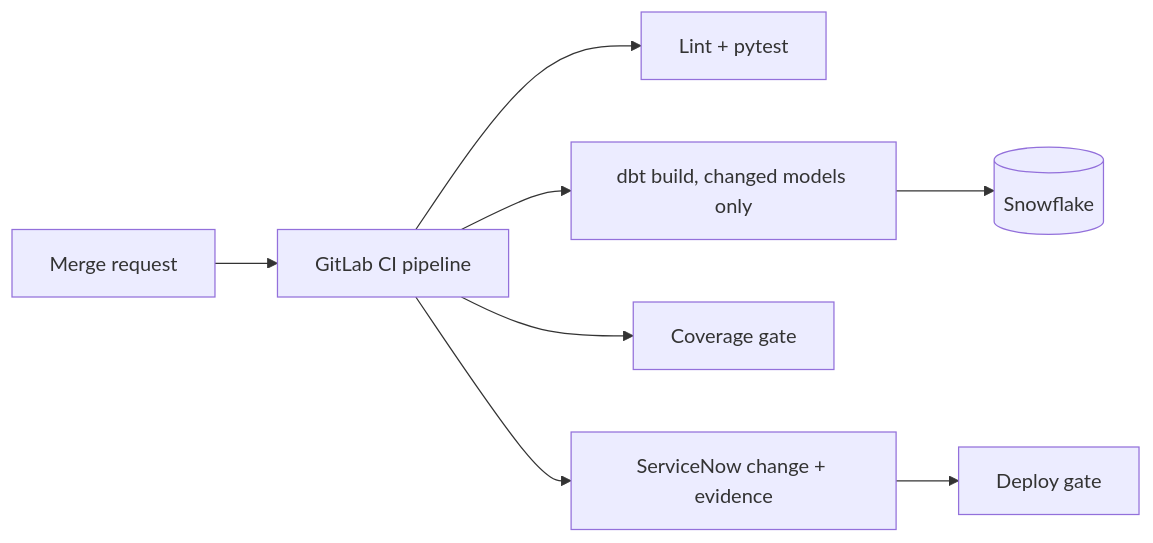
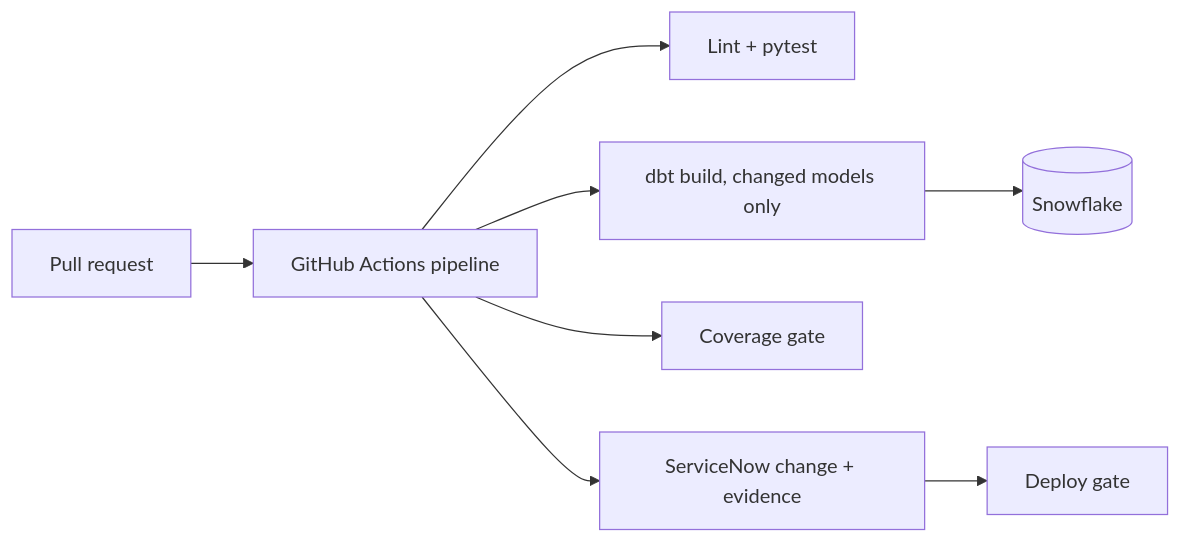
The diagram in README.md (hamiltra/dq-gate), drawn with Mermaid before and after one commit. The commit also changed other lines of this file and 7 other files, not shown here.

Commit message:
Switch CI to GitHub Actions

````diff
--- a/README.md
+++ b/README.md
@@ -11,10 +11,10 @@
 ```mermaid
 flowchart LR
-    MR[Merge request] --> CI[GitLab CI pipeline]
+    PR[Pull request] --> CI[GitHub Actions pipeline]
     CI --> L[Lint + pytest]
     CI --> D[dbt build, changed models only]
     D --> SF[(Snowflake)]
     CI --> G[Coverage gate]
     CI --> SN[ServiceNow change + evidence]
     SN --> P[Deploy gate]
 ```
````
